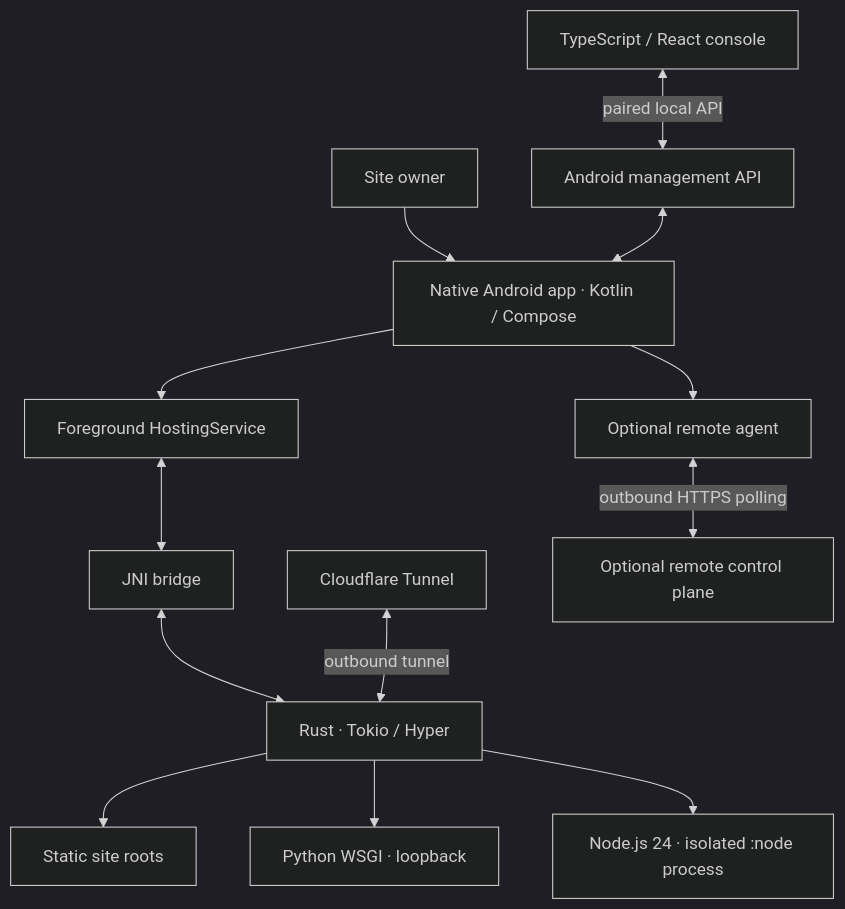
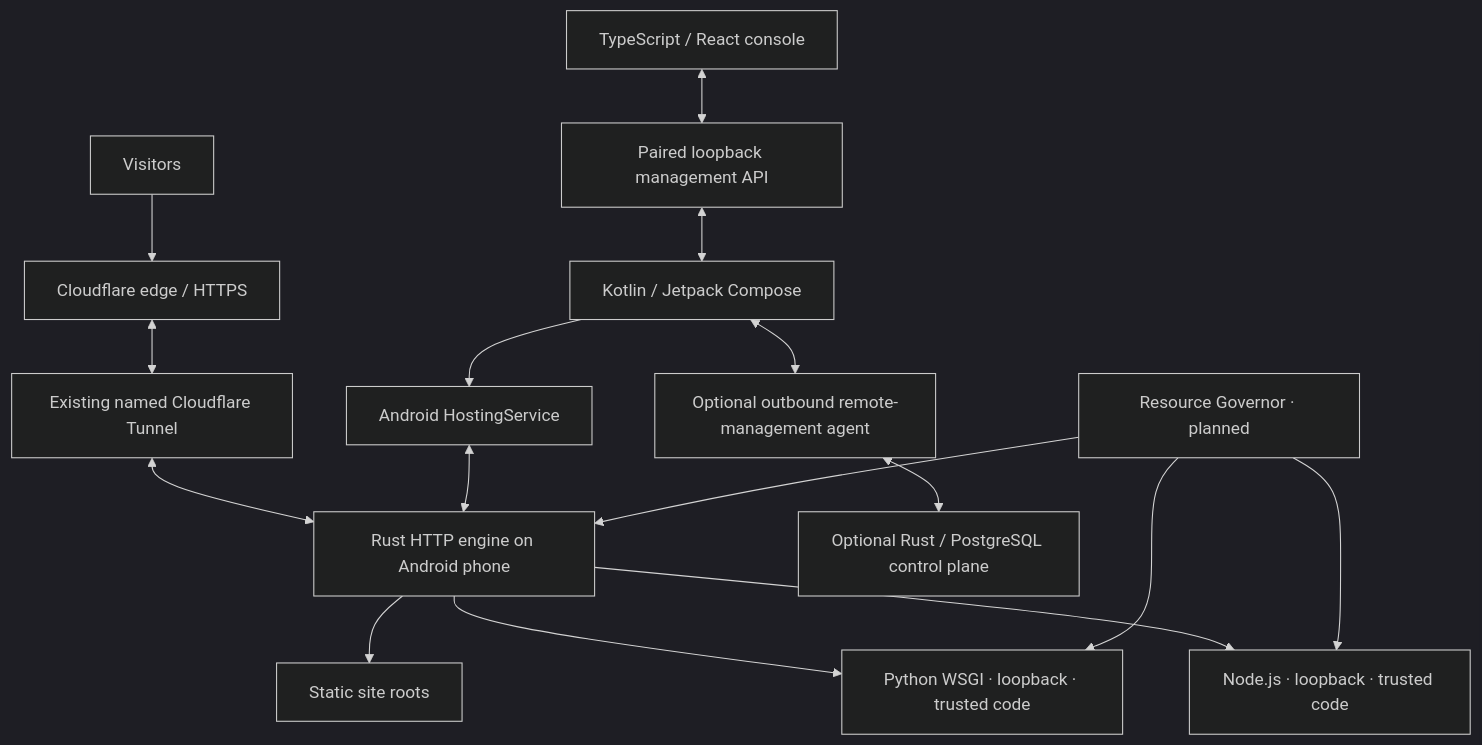
The diagram in README.md (AssayFlux/PocketHost), drawn with Mermaid (dark theme) before and after one commit. The commit also changed other lines of this file, not shown here.

Commit message:
docs: align README with PocketHost north star and roadmap

````diff
--- a/README.md
+++ b/README.md
@@ -33,15 +34,18 @@
 ```mermaid
 flowchart TB
-  USER["Site owner"] --> APP["Native Android app · Kotlin / Compose"]
-  APP --> SVC["Foreground HostingService"]
-  SVC <--> JNI["JNI bridge"]
-  JNI <--> RUST["Rust · Tokio / Hyper"]
-  RUST --> STATIC["Static site roots"]
-  RUST --> PY["Python WSGI · loopback"]
-  RUST --> NODE["Node.js 24 · isolated :node process"]
-  CONSOLE["TypeScript / React console"] <-->|"paired local API"| API["Android management API"]
-  API <--> APP
-  TUNNEL["Cloudflare Tunnel"] <-->|"outbound tunnel"| RUST
-  AGENT["Optional remote agent"] <-->|"outbound HTTPS polling"| CP["Optional remote control plane"]
-  APP --> AGENT
+  V[Visitors] --> CF[Cloudflare edge / HTTPS]
+  CF <--> T[Existing named Cloudflare Tunnel]
+  T <--> R[Rust HTTP engine on Android phone]
+  R --> S[Static site roots]
+  R --> P[Python WSGI · loopback · trusted code]
+  R --> N[Node.js · loopback · trusted code]
+  A[Kotlin / Jetpack Compose] --> H[Android HostingService]
+  H <--> R
+  C[TypeScript / React console] <--> M[Paired loopback management API]
+  M <--> A
+  A <--> O[Optional outbound remote-management agent]
+  O <--> CP[Optional Rust / PostgreSQL control plane]
+  G[Resource Governor · planned] --> R
+  G --> P
+  G --> N
 ```
````
